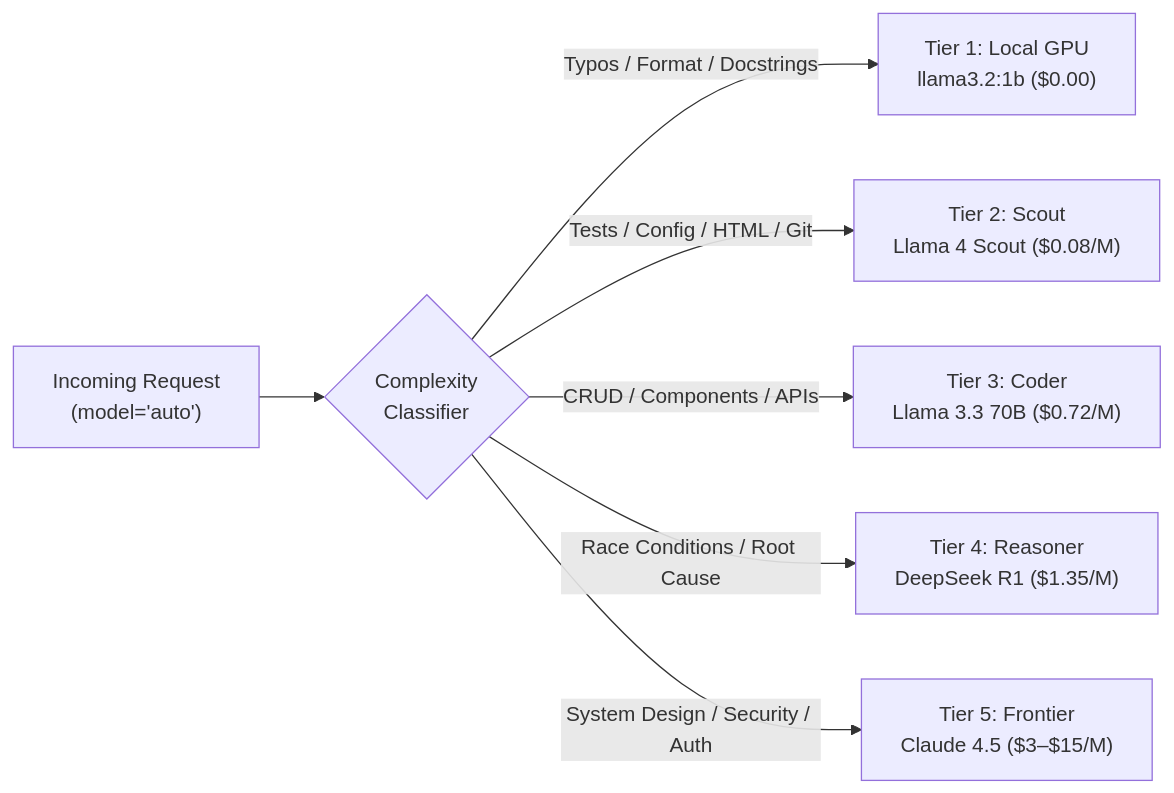
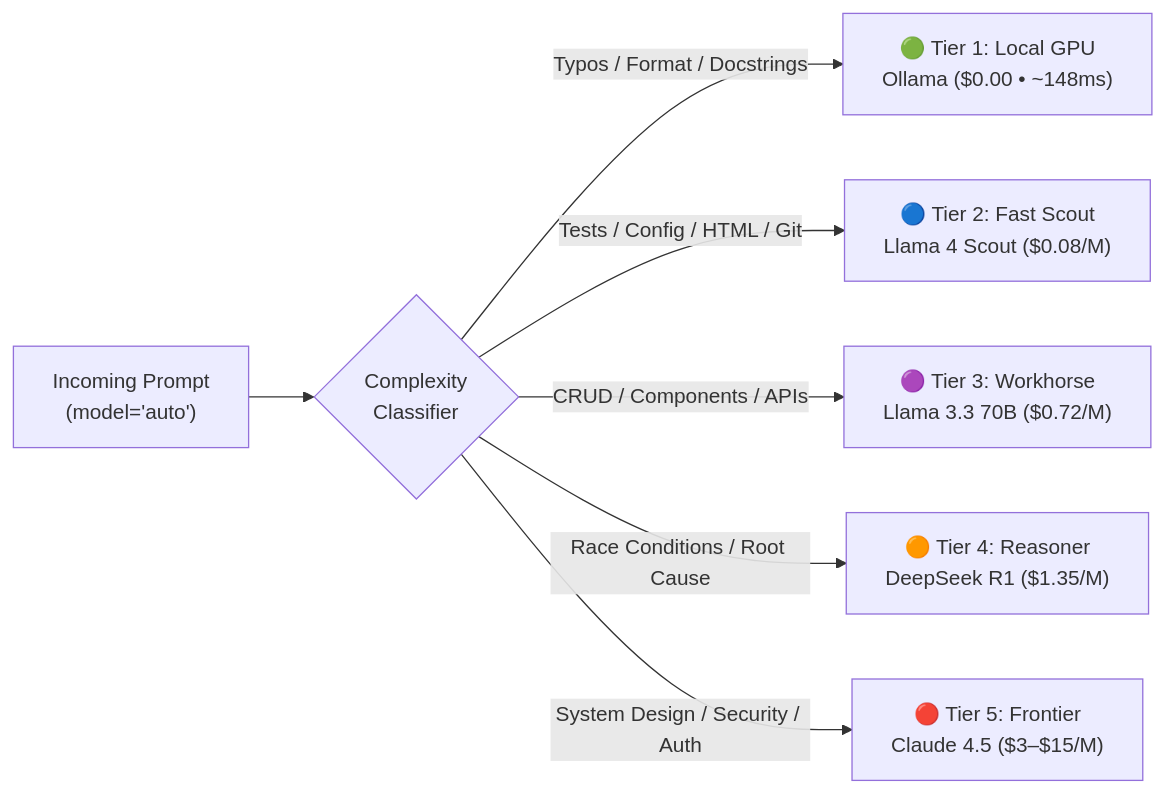
One commit to dhurianiket/agent-workstation-setup changed the second of 2 diagrams in README.md. Above: the diagram before and after it, drawn with Mermaid. The commit also changed other lines of this file, not shown here.

Commit message:
docs(readme): redesign v3.4 README with Bento hero, sequence diagram, hardware-adaptive Ollama matrix & Graphify explorer guide

````diff
--- a/README.md
+++ b/README.md
@@ -205,9 +217,9 @@
 ```mermaid
 flowchart LR
-    P["Incoming Request<br/>(model='auto')"] --> R{"Complexity<br/>Classifier"}
-    R -->|"Typos / Format / Docstrings"| L["Tier 1: Local GPU<br/>llama3.2:1b ($0.00)"]
-    R -->|"Tests / Config / HTML / Git"| S["Tier 2: Scout<br/>Llama 4 Scout ($0.08/M)"]
-    R -->|"CRUD / Components / APIs"| C["Tier 3: Coder<br/>Llama 3.3 70B ($0.72/M)"]
-    R -->|"Race Conditions / Root Cause"| D["Tier 4: Reasoner<br/>DeepSeek R1 ($1.35/M)"]
-    R -->|"System Design / Security / Auth"| F["Tier 5: Frontier<br/>Claude 4.5 ($3–$15/M)"]
+    P["Incoming Prompt<br/>(model='auto')"] --> R{"Complexity<br/>Classifier"}
+    R -->|"Typos / Format / Docstrings"| L["🟢 Tier 1: Local GPU<br/>Ollama ($0.00 • ~148ms)"]
+    R -->|"Tests / Config / HTML / Git"| S["🔵 Tier 2: Fast Scout<br/>Llama 4 Scout ($0.08/M)"]
+    R -->|"CRUD / Components / APIs"| C["🟣 Tier 3: Workhorse<br/>Llama 3.3 70B ($0.72/M)"]
+    R -->|"Race Conditions / Root Cause"| D["🟠 Tier 4: Reasoner<br/>DeepSeek R1 ($1.35/M)"]
+    R -->|"System Design / Security / Auth"| F["🔴 Tier 5: Frontier<br/>Claude 4.5 ($3–$15/M)"]
 ```
````
